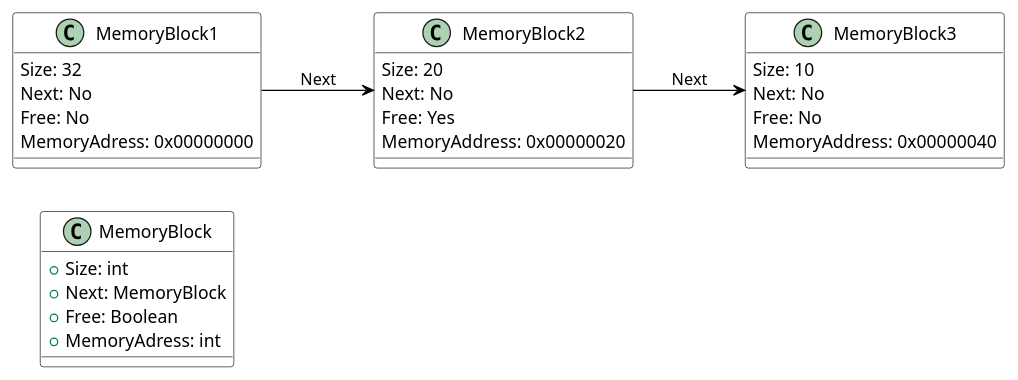
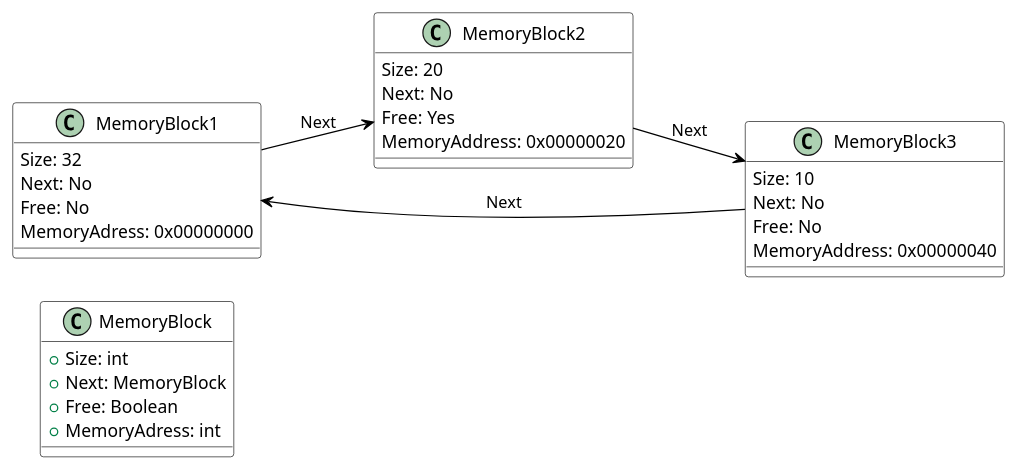
The diagram in LinkedList.puml (SetareIzadi/Assignment-2---Operating-Systems), drawn with PlantUML before and after one commit.

Commit message:
tilføjet arrow fra end til start

```diff
--- a/LinkedList.puml
+++ b/LinkedList.puml
@@ -1,35 +1,36 @@
 @startuml
 skinparam class {
     BackgroundColor White
     BorderColor Black
     ArrowColor Black
     RoundCorner 20
 }
 
 left to right direction
 
 class MemoryBlock {
     + Size: int
     + Next: MemoryBlock
     + Free: Boolean
     + MemoryAdress: int
 }
 
 MemoryBlock1 : Size: 32
 MemoryBlock1 : Next: No
 MemoryBlock1 : Free: No
 MemoryBlock1 : MemoryAdress: 0x00000000
 MemoryBlock1 --> MemoryBlock2 : Next
 
 MemoryBlock2 : Size: 20
 MemoryBlock2 : Next: No
 MemoryBlock2 : Free: Yes
 MemoryBlock2 : MemoryAddress: 0x00000020
 MemoryBlock2 --> MemoryBlock3 : Next
 
 MemoryBlock3 : Size: 10
 MemoryBlock3 : Next: No
 MemoryBlock3 : Free: No
 MemoryBlock3 : MemoryAddress: 0x00000040
+MemoryBlock3 --> MemoryBlock1 : Next
 
 @enduml
```
